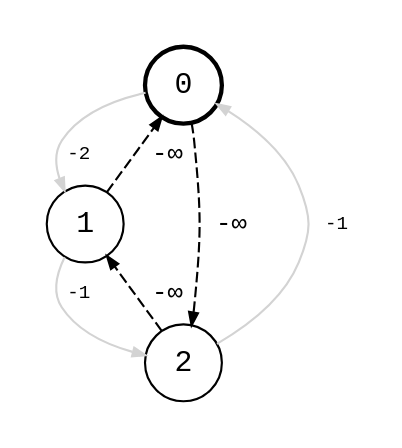
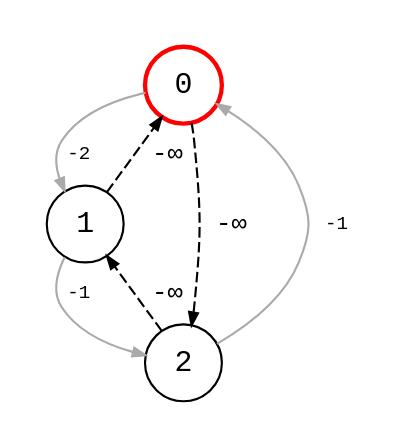
One commit to bsdrks/graaf-images changed the diagram in src/bellman_ford_moore_2.dot. Above: the diagram before and after it, drawn with Graphviz. The commit also changed 21 other files, not shown here.

Commit message:
unify diagram style

```diff
--- a/src/bellman_ford_moore_2.dot
+++ b/src/bellman_ford_moore_2.dot
@@ -1,17 +1,17 @@
 digraph {
     node [shape=circle, fontname="monospace", fixedsize=true, width=0.5];
     edge [arrowsize=0.6, fontname="monospace", fontsize=9];
     layout=dot;
     pad=0.2;
     ranksep=0.2;
 
-    0 [style=bold];
+    0 [style=bold, color=red];
 
-    0 -> 1 [label=" -2", color=lightgray];
-    1 -> 2 [label=" -1", color=lightgray];
-    2 -> 0 [label="  -1", color=lightgray];
+    0 -> 1 [label=" -2", color="#aaaaaa"];
+    1 -> 2 [label=" -1", color="#aaaaaa"];
+    2 -> 0 [label="  -1", color="#aaaaaa"];
 
     0 -> 2 [label=" -∞ ", style=dashed, fontsize=12];
     1 -> 0 [label="-∞ ", style=dashed, fontsize=12];
     2 -> 1 [label="-∞ ", style=dashed, fontsize=12];
 }
```
